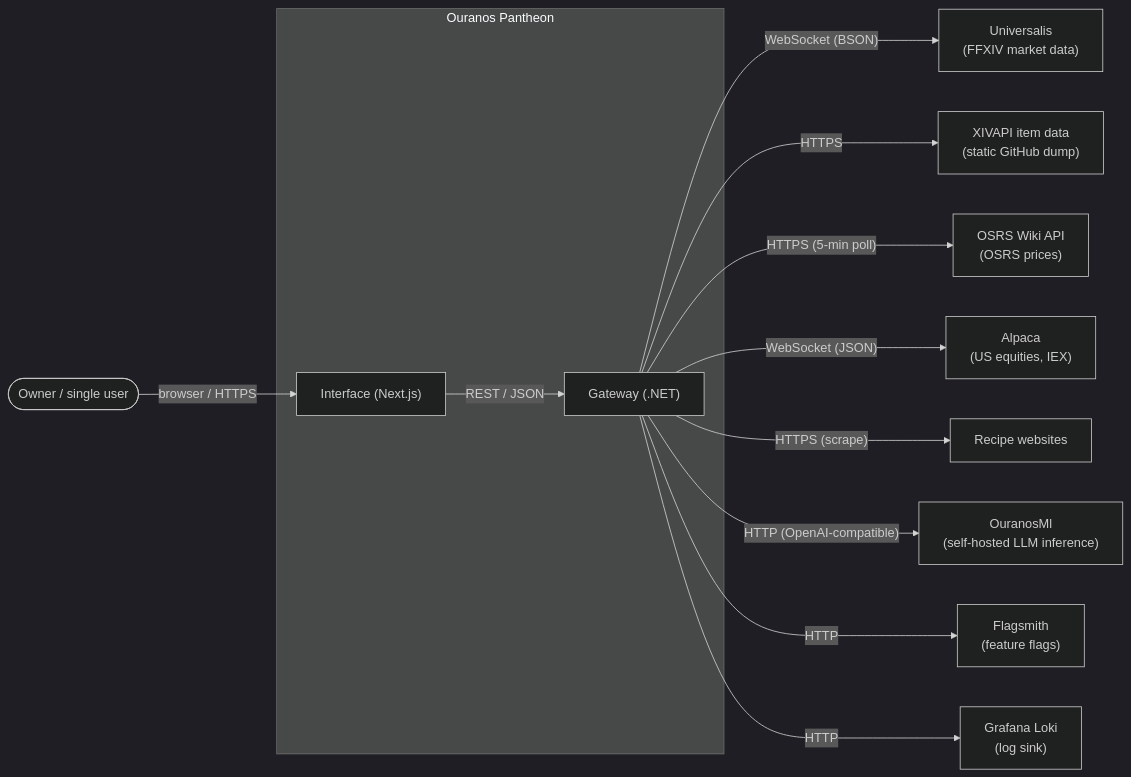
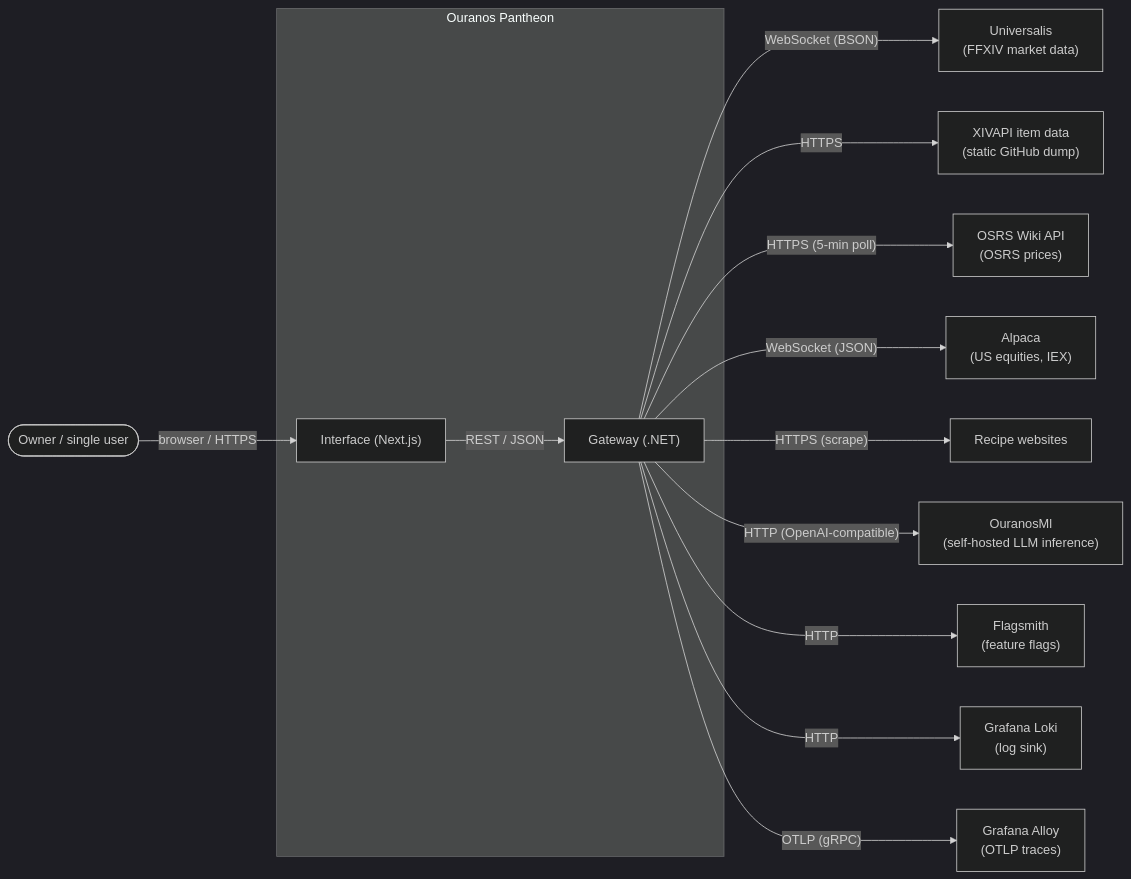
One commit to davwales/ouranos-pantheon changed the diagram in docs/architecture/03-context-and-scope.md. Above: the diagram before and after it, drawn with Mermaid (dark theme). The commit also changed other lines of this file and 40 other files, not shown here.

````diff
--- a/docs/architecture/03-context-and-scope.md
+++ b/docs/architecture/03-context-and-scope.md
@@ -10,30 +10,32 @@
 ```mermaid
 graph LR
     owner([Owner / single user])
 
     subgraph pantheon["Ouranos Pantheon"]
         interface["Interface (Next.js)"]
         gateway["Gateway (.NET)"]
     end
 
     universalis["Universalis<br/>(FFXIV market data)"]
     xivapi["XIVAPI item data<br/>(static GitHub dump)"]
     osrs["OSRS Wiki API<br/>(OSRS prices)"]
     alpaca["Alpaca<br/>(US equities, IEX)"]
     recipeSites["Recipe websites"]
     ouranosMl["OuranosMl<br/>(self-hosted LLM inference)"]
     flagsmith["Flagsmith<br/>(feature flags)"]
     loki["Grafana Loki<br/>(log sink)"]
+    alloy["Grafana Alloy<br/>(OTLP traces)"]
 
     owner -- browser / HTTPS --> interface
     interface -- REST / JSON --> gateway
 
     gateway -- "WebSocket (BSON)" --> universalis
     gateway -- HTTPS --> xivapi
     gateway -- "HTTPS (5-min poll)" --> osrs
     gateway -- "WebSocket (JSON)" --> alpaca
     gateway -- "HTTPS (scrape)" --> recipeSites
     gateway -- "HTTP (OpenAI-compatible)" --> ouranosMl
     gateway -- HTTP --> flagsmith
     gateway -- HTTP --> loki
+    gateway -- "OTLP (gRPC)" --> alloy
 ```
````
